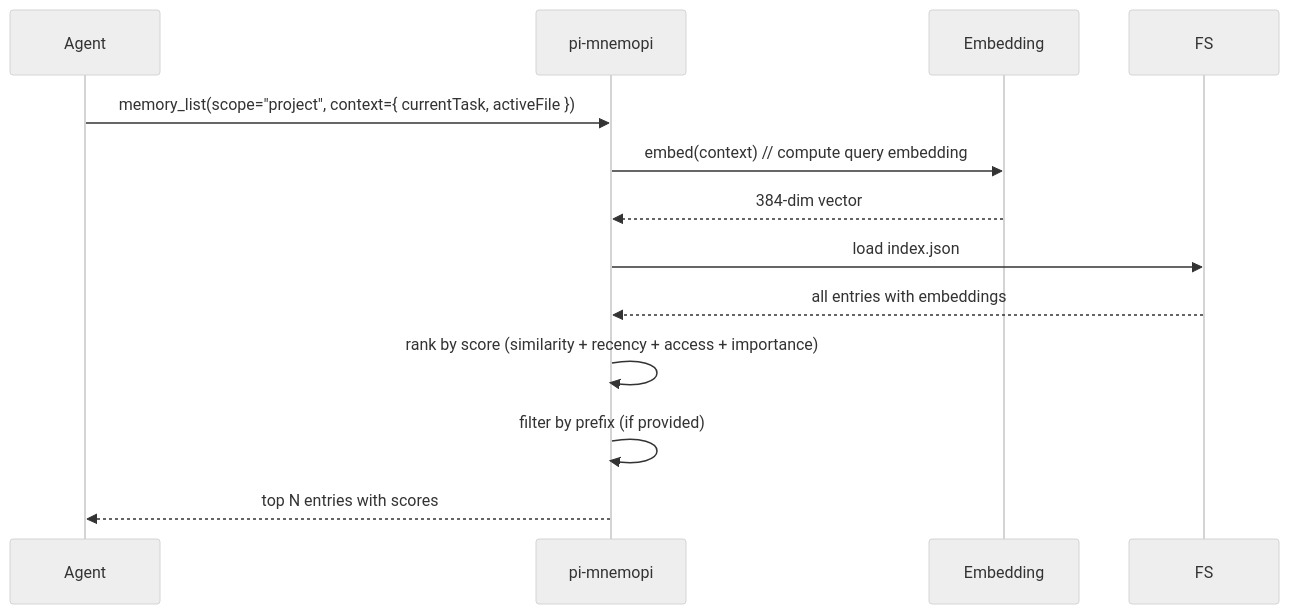
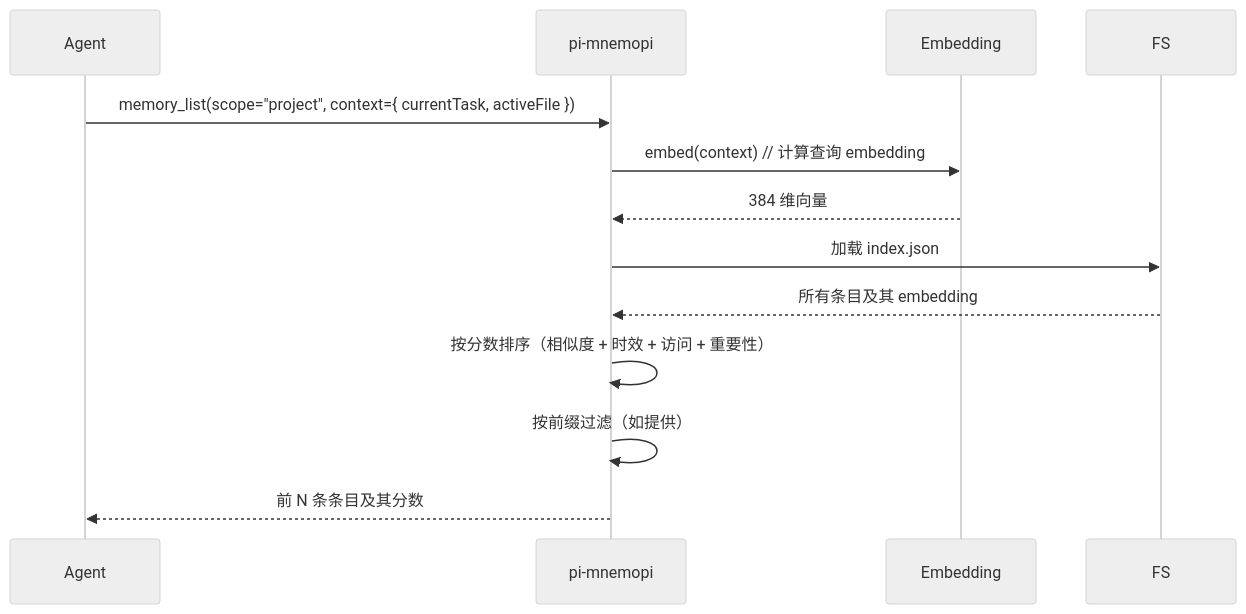
One commit to YeLuo45/oh-my-pi-design changed the third of 3 diagrams in docs-site/docs/11-pi-mnemopi.md. Above: the diagram before and after it, drawn with Mermaid (neutral theme). The commit also changed other lines of this file and 37 other files, not shown here.

````diff
--- a/docs-site/docs/11-pi-mnemopi.md
+++ b/docs-site/docs/11-pi-mnemopi.md
@@ -217,16 +217,16 @@
 ```mermaid
 sequenceDiagram
     participant Agent
     participant Mem as pi-mnemopi
     participant Embed as Embedding
     participant FS
 
     Agent->>Mem: memory_list(scope="project", context={ currentTask, activeFile })
-    Mem->>Embed: embed(context)  // compute query embedding
-    Embed-->>Mem: 384-dim vector
-    Mem->>FS: load index.json
-    FS-->>Mem: all entries with embeddings
-    Mem->>Mem: rank by score (similarity + recency + access + importance)
-    Mem->>Mem: filter by prefix (if provided)
-    Mem-->>Agent: top N entries with scores
+    Mem->>Embed: embed(context)  // 计算查询 embedding
+    Embed-->>Mem: 384 维向量
+    Mem->>FS: 加载 index.json
+    FS-->>Mem: 所有条目及其 embedding
+    Mem->>Mem: 按分数排序（相似度 + 时效 + 访问 + 重要性）
+    Mem->>Mem: 按前缀过滤（如提供）
+    Mem-->>Agent: 前 N 条条目及其分数
 ```
````
